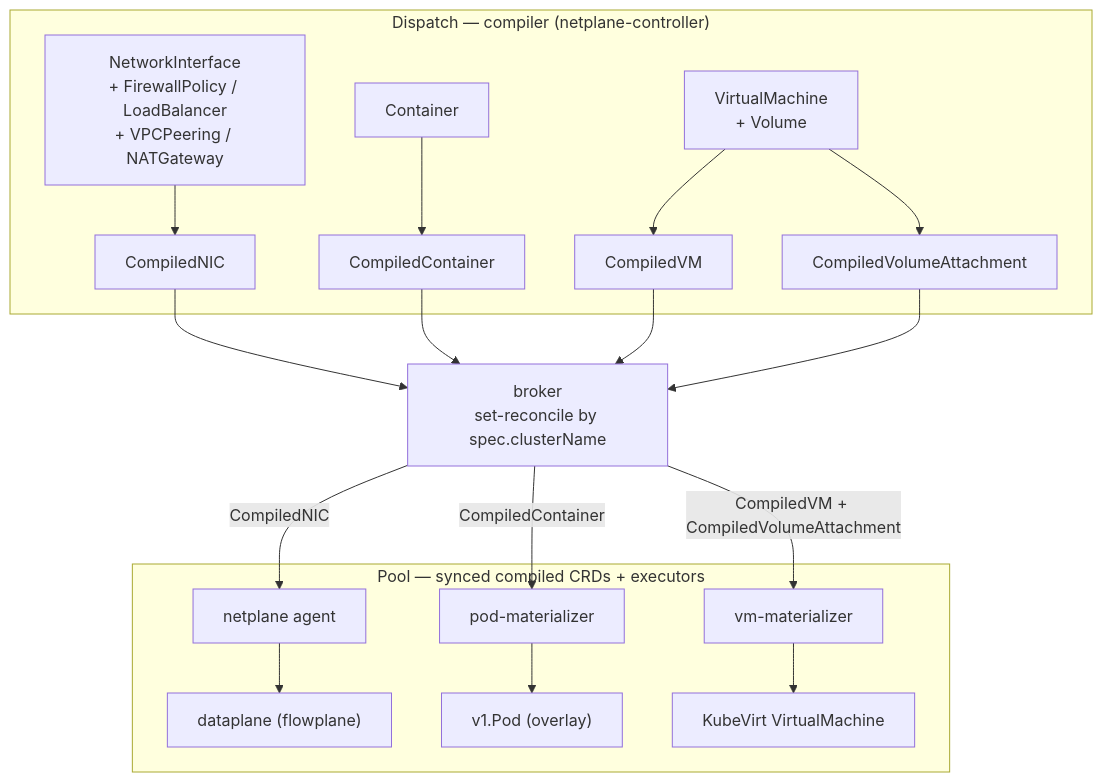
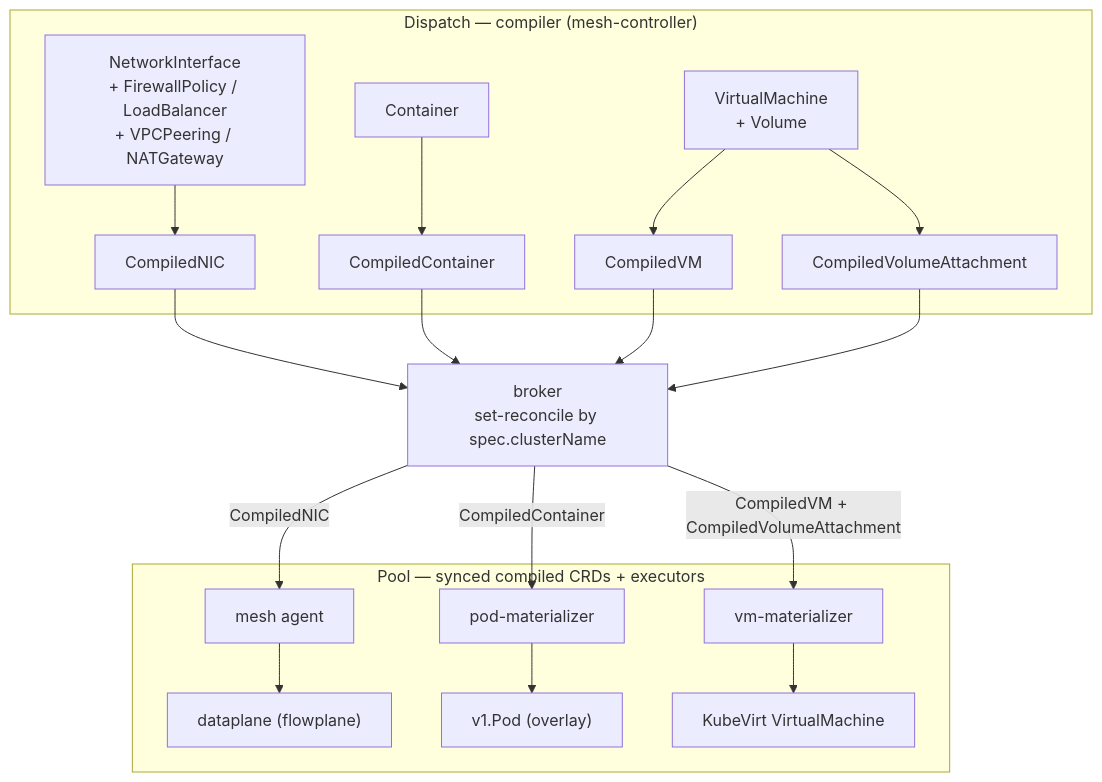
The diagram in docs/architecture/compile-sync-materialize.md (trevex/ectobase), drawn with Mermaid before and after one commit. The commit also changed other lines of this file and 197 other files, not shown here.

First line of the commit message:
refactor: rename subproject netplane -> mesh

````diff
--- a/docs/architecture/compile-sync-materialize.md
+++ b/docs/architecture/compile-sync-materialize.md
@@ -168,38 +168,38 @@
 ```mermaid
 flowchart TB
-    subgraph hubbox["Dispatch — compiler (netplane-controller)"]
+    subgraph hubbox["Dispatch — compiler (mesh-controller)"]
         nic["NetworkInterface<br/>+ FirewallPolicy / LoadBalancer<br/>+ VPCPeering / NATGateway"]
         ctr["Container"]
         vm["VirtualMachine<br/>+ Volume"]
         cnic["CompiledNIC"]
         ccont["CompiledContainer"]
         cvm["CompiledVM"]
         catt["CompiledVolumeAttachment"]
         nic --> cnic
         ctr --> ccont
         vm --> cvm
         vm --> catt
     end
 
     broker["broker<br/>set-reconcile by spec.clusterName"]
     cnic --> broker
     ccont --> broker
     cvm --> broker
     catt --> broker
 
     subgraph poolbox["Pool — synced compiled CRDs + executors"]
-        agent["netplane agent"]
+        agent["mesh agent"]
         dp["dataplane (flowplane)"]
         podmat["pod-materializer"]
         vmmat["vm-materializer"]
         pod["v1.Pod (overlay)"]
         kvm["KubeVirt VirtualMachine"]
         agent --> dp
         podmat --> pod
         vmmat --> kvm
     end
 
     broker -->|CompiledNIC| agent
     broker -->|CompiledContainer| podmat
     broker -->|"CompiledVM + CompiledVolumeAttachment"| vmmat
 ```
````
